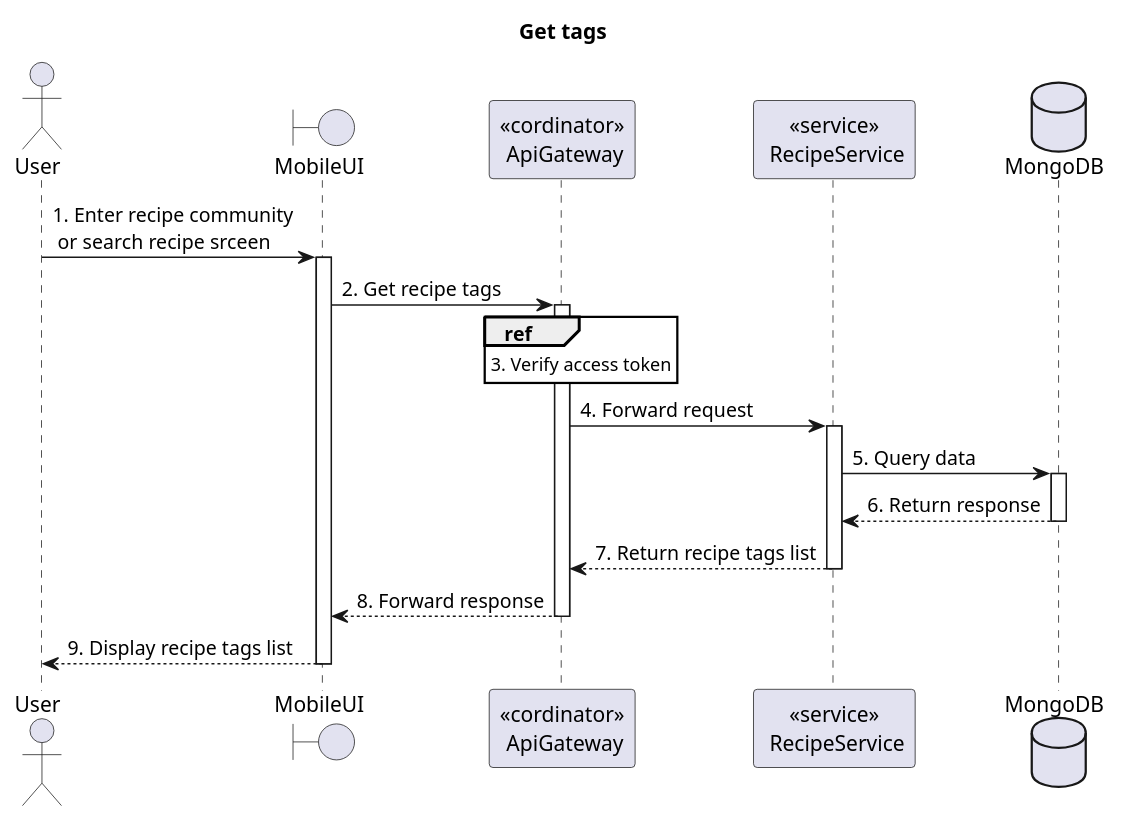
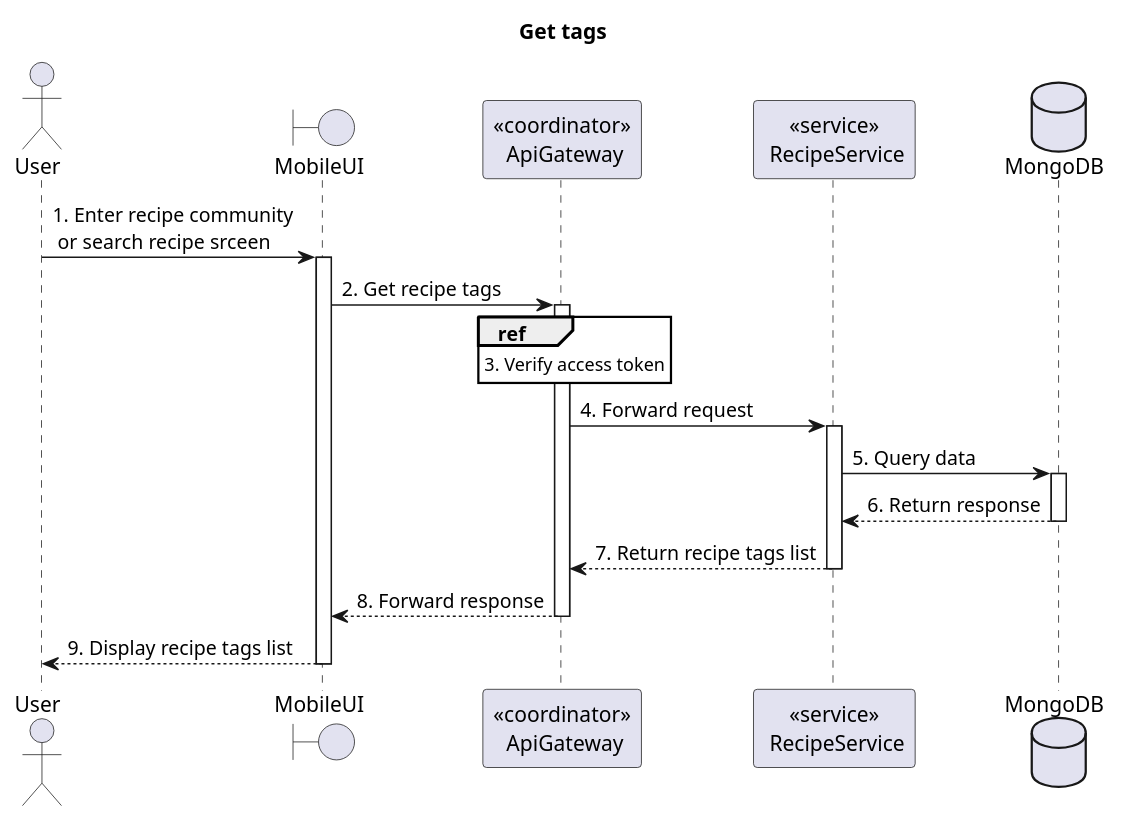
The diagram in doc/SDS/Recipe/User/Get tags/Sequence.plantuml (Carl-Johnsons/tastopia), drawn with PlantUML before and after one commit. The commit also changed 62 other files, not shown here.

Commit message:
doc: fix squence diagram

```diff
--- a/doc/SDS/Recipe/User/Get tags/Sequence.plantuml
+++ b/doc/SDS/Recipe/User/Get tags/Sequence.plantuml
@@ -1,33 +1,33 @@
 @startuml Sequence
 title "Get tags"
 ' Style section
 <style>
   sequenceDiagram {
     reference {
       BackGroundColor white
     }
 }
 </style>
 
 actor User
 boundary MobileUI
-participant "<<cordinator>>\n ApiGateway" as ApiGateway
+participant "<<coordinator>>\n ApiGateway" as ApiGateway
 participant "<<service>>\n RecipeService" as RecipeService
 database MongoDB
 
 User -> MobileUI++: 1. Enter recipe community \n or search recipe srceen
 
 MobileUI -> ApiGateway++: 2. Get recipe tags
 
 ref over ApiGateway: 3. Verify access token
 
 ApiGateway -> RecipeService++: 4. Forward request
 
 RecipeService -> MongoDB++: 5. Query data
 RecipeService <-- MongoDB--: 6. Return response
 
 ApiGateway <-- RecipeService--: 7. Return recipe tags list
 MobileUI <-- ApiGateway--: 8. Forward response
 User <-- MobileUI--: 9. Display recipe tags list
 
 @enduml
```
